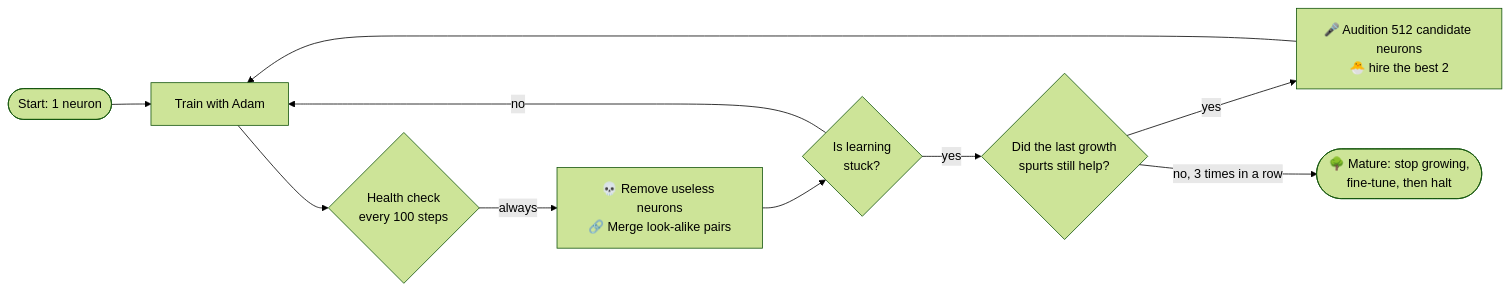
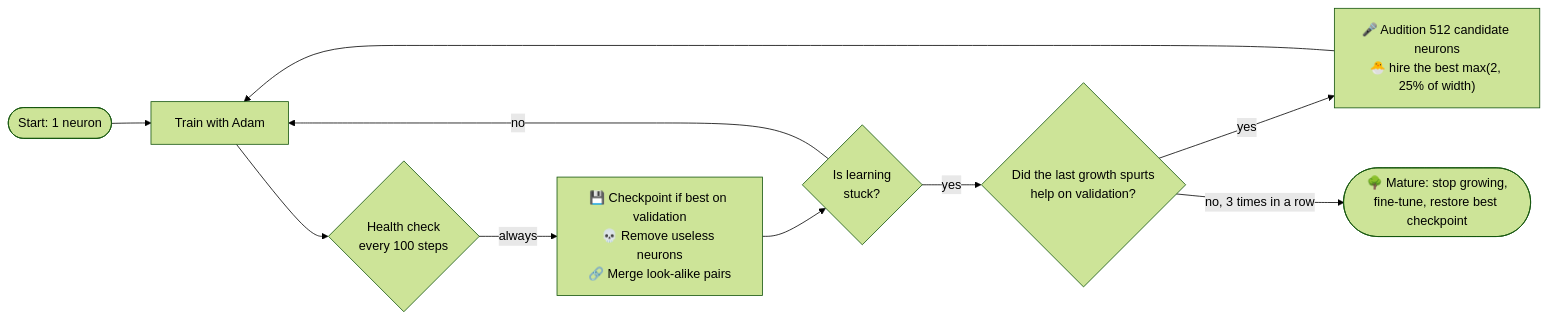
One commit to madhavbuilds/neurogenesis changed the diagram in README.md. Above: the diagram before and after it, drawn with Mermaid (forest theme). The commit also changed other lines of this file and 24 other files, not shown here.

First line of the commit message:
v0.2.0: real-data benchmark, validation-based growth, multi-layer fix

````diff
--- a/README.md
+++ b/README.md
@@ -72,12 +105,12 @@
 ```mermaid
 flowchart LR
     A([Start: 1 neuron]) --> B[Train with Adam]
     B --> C{Health check<br/>every 100 steps}
-    C -->|always| D["💀 Remove useless neurons<br/>🔗 Merge look-alike pairs"]
+    C -->|always| D["💾 Checkpoint if best on validation<br/>💀 Remove useless neurons<br/>🔗 Merge look-alike pairs"]
     D --> E{Is learning<br/>stuck?}
     E -->|no| B
-    E -->|yes| F{Did the last growth<br/>spurts still help?}
-    F -->|yes| G["🎤 Audition 512 candidate neurons<br/>🐣 hire the best 2"]
+    E -->|yes| F{Did the last growth spurts<br/>help on validation?}
+    F -->|yes| G["🎤 Audition 512 candidate neurons<br/>🐣 hire the best max(2, 25% of width)"]
     G --> B
-    F -->|"no, 3 times in a row"| H([🌳 Mature: stop growing,<br/>fine-tune, then halt])
+    F -->|"no, 3 times in a row"| H([🌳 Mature: stop growing,<br/>fine-tune, restore best checkpoint])
 ```
````
